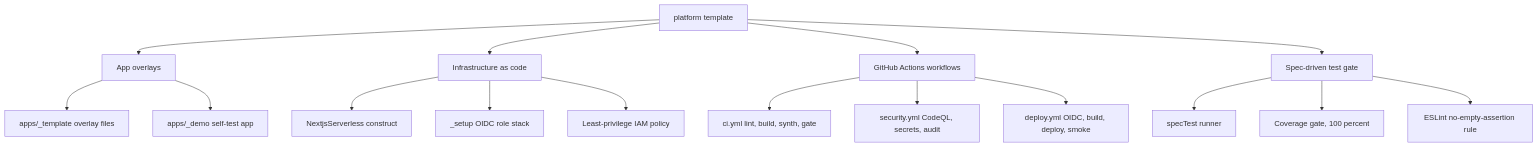
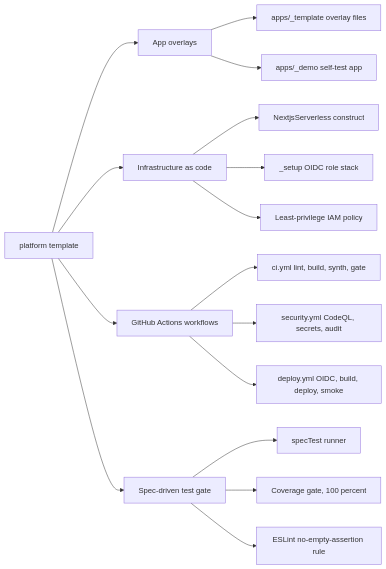
One commit to elleskay/platform changed the fourth of 5 diagrams in README.md. Above: the diagram before and after it, drawn with Mermaid. The commit also changed other lines of this file, not shown here.

````diff
--- a/README.md
+++ b/README.md
@@ -123,18 +167,34 @@
 ```mermaid
-flowchart TD
-  P[platform template] --> APPS[App overlays]
-  P --> INFRA[Infrastructure as code]
-  P --> CI[GitHub Actions workflows]
-  P --> SPEC[Spec-driven test gate]
-  APPS --> T[apps/_template overlay files]
-  APPS --> D[apps/_demo self-test app]
-  INFRA --> C[NextjsServerless construct]
-  INFRA --> S[_setup OIDC role stack]
-  INFRA --> IAM[Least-privilege IAM policy]
-  CI --> CIW[ci.yml lint, build, synth, gate]
-  CI --> SECW[security.yml CodeQL, secrets, audit]
-  CI --> DEPW[deploy.yml OIDC, build, deploy, smoke]
-  SPEC --> RUN[specTest runner]
-  SPEC --> GATE[Coverage gate, 100 percent]
-  SPEC --> RULE[ESLint no-empty-assertion rule]
+flowchart LR
+  P["platform template"]
+  APPS["App overlays"]
+  INFRA["Infrastructure as code"]
+  CI["GitHub Actions workflows"]
+  SPEC["Spec-driven test gate"]
+  T["apps/_template overlay files"]
+  D["apps/_demo self-test app"]
+  C["NextjsServerless construct"]
+  S["_setup OIDC role stack"]
+  IAM["Least-privilege IAM policy"]
+  CIW["ci.yml lint, build, synth, gate"]
+  SECW["security.yml CodeQL, secrets, audit"]
+  DEPW["deploy.yml OIDC, build, deploy, smoke"]
+  RUN["specTest runner"]
+  GATE["Coverage gate, 100 percent"]
+  RULE["ESLint no-empty-assertion rule"]
+  P --> APPS
+  P --> INFRA
+  P --> CI
+  P --> SPEC
+  APPS --> T
+  APPS --> D
+  INFRA --> C
+  INFRA --> S
+  INFRA --> IAM
+  CI --> CIW
+  CI --> SECW
+  CI --> DEPW
+  SPEC --> RUN
+  SPEC --> GATE
+  SPEC --> RULE
 ```
````
